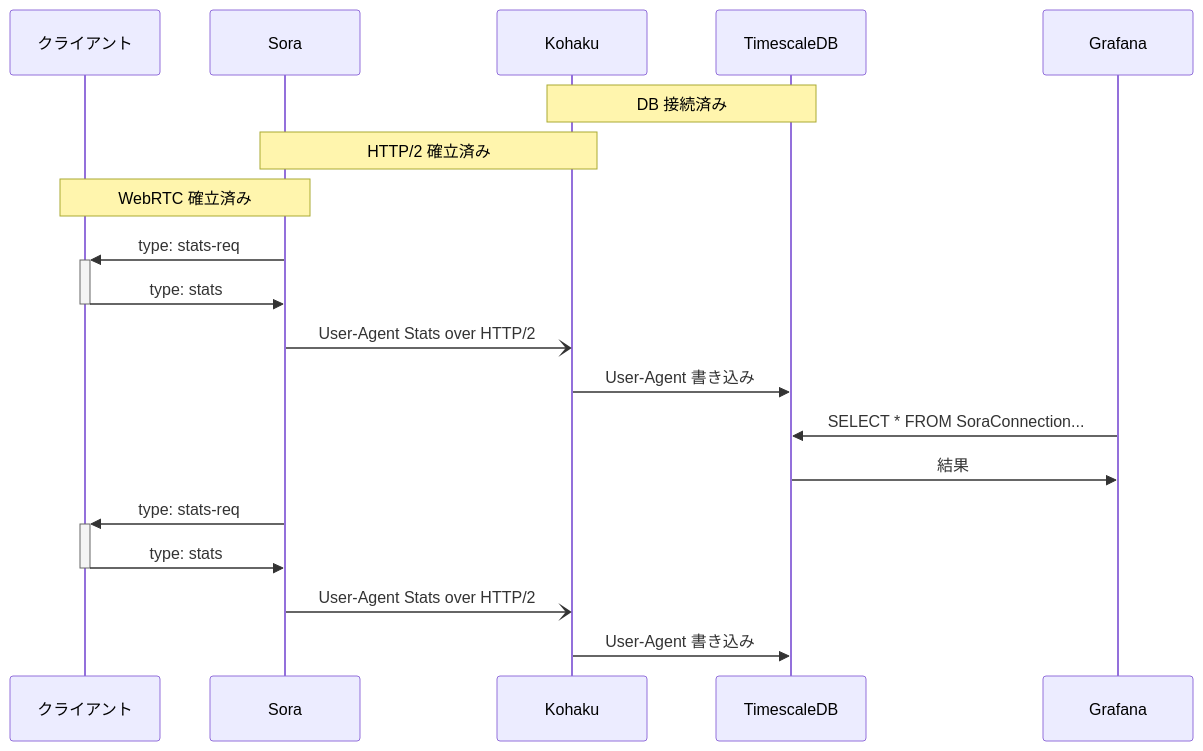
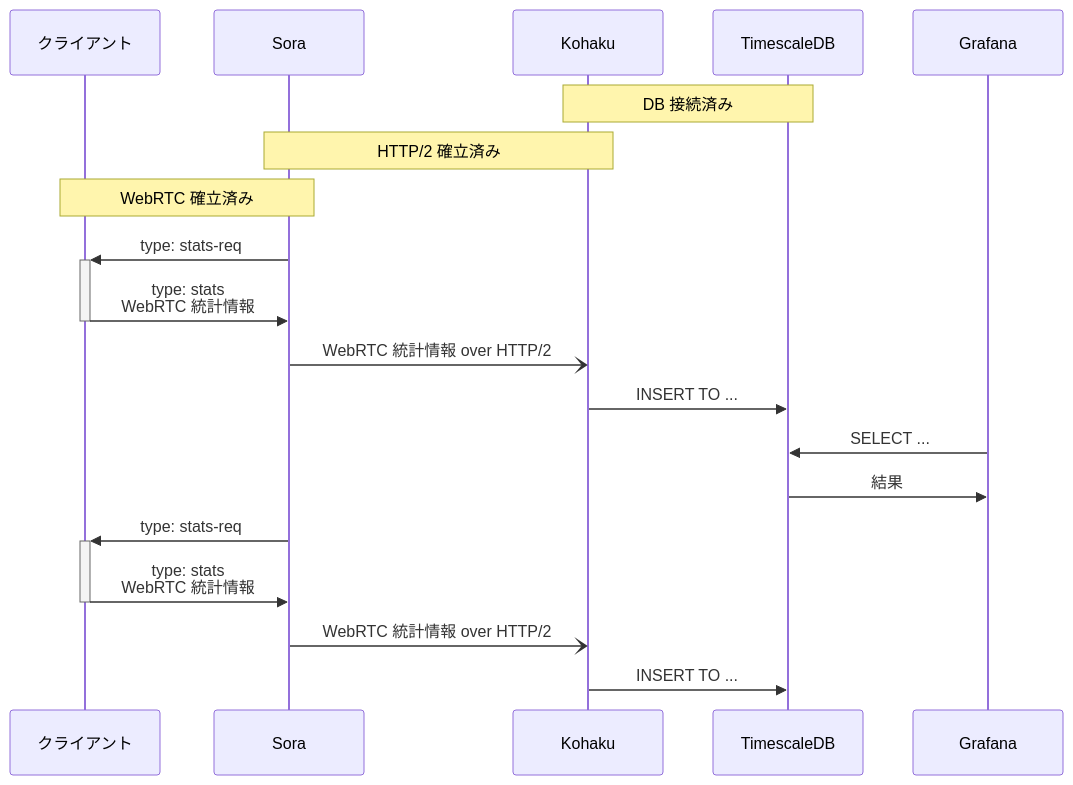
The diagram in README.md (shiguredo/kohaku), drawn with Mermaid before and after one commit.

Commit message:
更新する

````diff
--- a/README.md
+++ b/README.md
@@ -38,21 +38,21 @@
 ```mermaid
 sequenceDiagram
   participant C as クライアント
   participant S as Sora
   participant K as Kohaku
   participant T as TimescaleDB
   participant G as Grafana
   note over K,T: DB 接続済み
   note over S,K: HTTP/2 確立済み
   note over C,S: WebRTC 確立済み
   S->>+C: type: stats-req
-  C->>-S: type: stats
-  S-)K: User-Agent Stats over HTTP/2
-  K->>T: User-Agent 書き込み
-  G->>T: SELECT * FROM SoraConnection...
+  C->>-S: type: stats<br>WebRTC 統計情報
+  S-)K: WebRTC 統計情報 over HTTP/2
+  K->>T: INSERT TO ...
+  G->>T: SELECT ...
   T->>G: 結果
   S->>+C: type: stats-req
-  C->>-S: type: stats
-  S-)K: User-Agent Stats over HTTP/2
-  K->>T: User-Agent 書き込み
+  C->>-S: type: stats<br>WebRTC 統計情報
+  S-)K: WebRTC 統計情報 over HTTP/2
+  K->>T: INSERT TO ...
 ```
````
